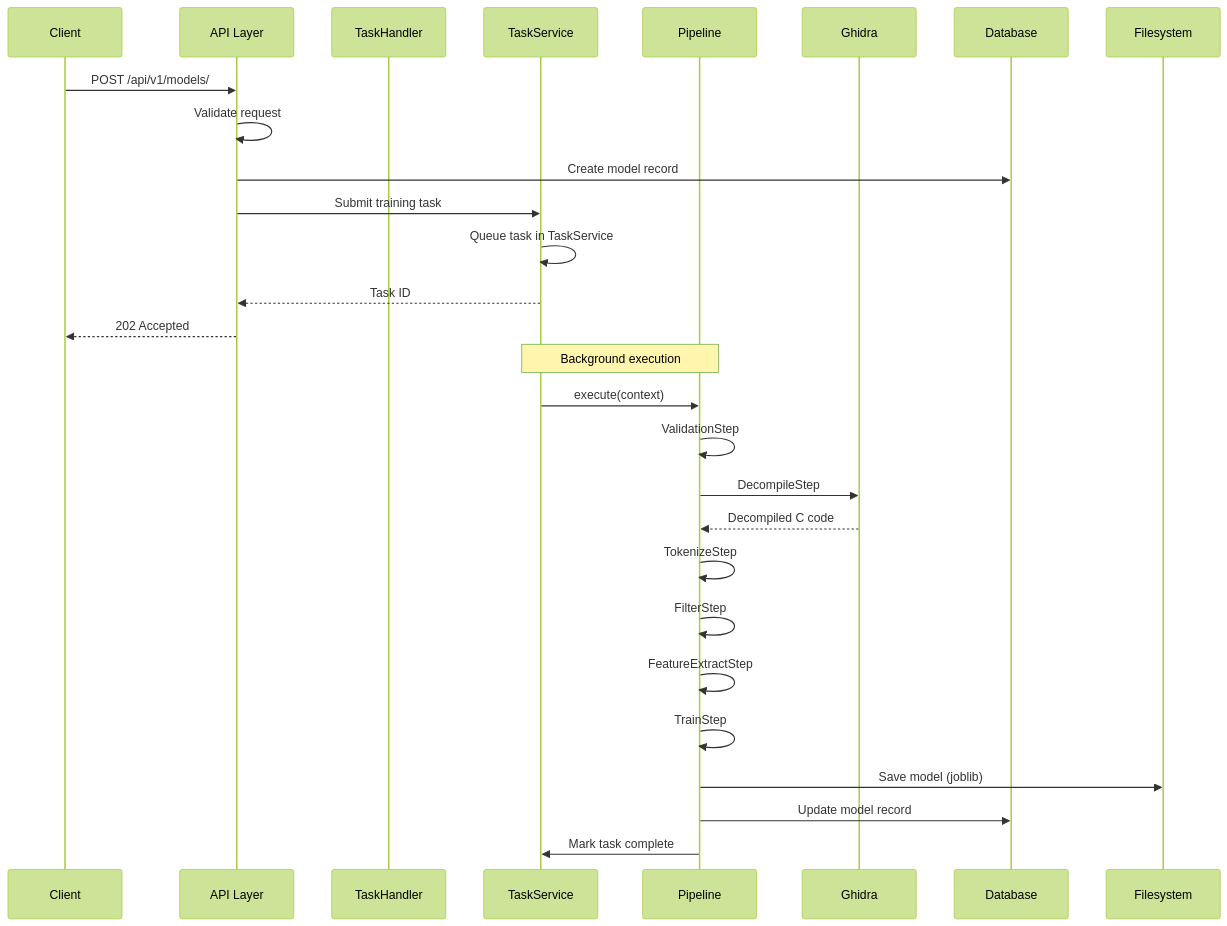
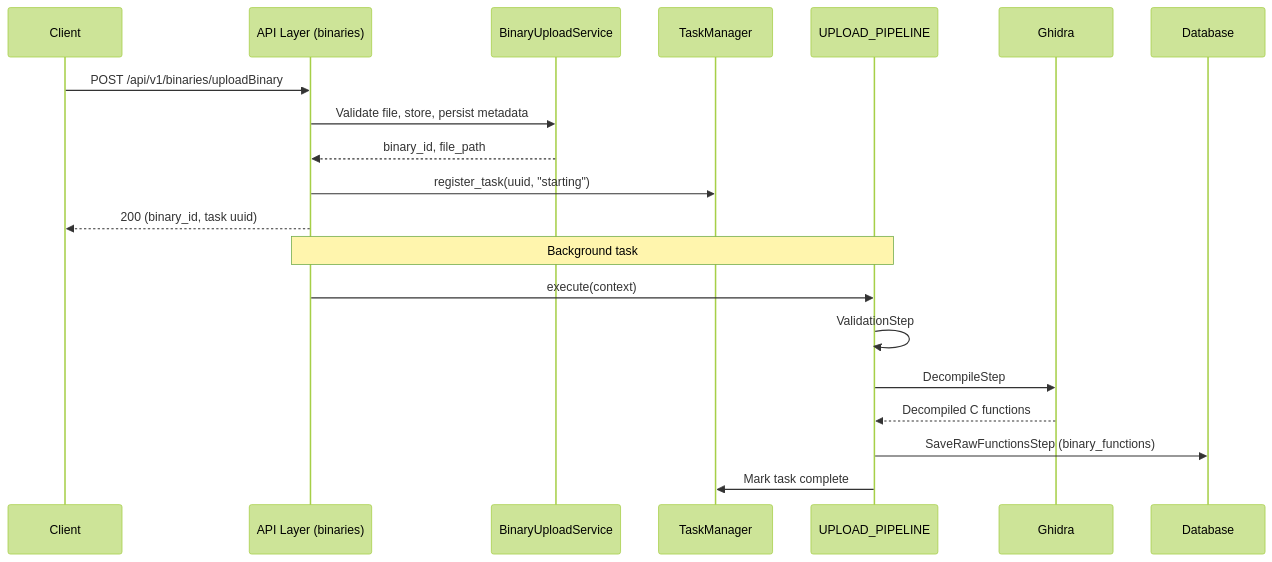
Before and after one commit to Xenios91/Glyph: the first of 3 diagrams in docs/ARCHITECTURE.md, drawn with Mermaid (forest theme). The commit also changed other lines of this file, not shown here.

````diff
--- a/docs/ARCHITECTURE.md
+++ b/docs/ARCHITECTURE.md
@@ -152,32 +180,24 @@
 ```mermaid
 sequenceDiagram
     participant Client
-    participant API as API Layer
-    participant TH as TaskHandler
-    participant TS as TaskService
-    participant Pipeline
+    participant API as API Layer (binaries)
+    participant BUCS as BinaryUploadService
+    participant TM as TaskManager
+    participant Pipeline as UPLOAD_PIPELINE
     participant Ghidra
     participant DB as Database
-    participant FS as Filesystem
 
-    Client->>API: POST /api/v1/models/
-    API->>API: Validate request
-    API->>DB: Create model record
-    API->>TS: Submit training task
-    TS->>TS: Queue task in TaskService
-    TS-->>API: Task ID
-    API-->>Client: 202 Accepted
+    Client->>API: POST /api/v1/binaries/uploadBinary
+    API->>BUCS: Validate file, store, persist metadata
+    BUCS-->>API: binary_id, file_path
+    API->>TM: register_task(uuid, "starting")
+    API-->>Client: 200 (binary_id, task uuid)
 
-    Note over TS,Pipeline: Background execution
-    TS->>Pipeline: execute(context)
+    Note over API,Pipeline: Background task
+    API->>Pipeline: execute(context)
     Pipeline->>Pipeline: ValidationStep
     Pipeline->>Ghidra: DecompileStep
-    Ghidra-->>Pipeline: Decompiled C code
-    Pipeline->>Pipeline: TokenizeStep
-    Pipeline->>Pipeline: FilterStep
-    Pipeline->>Pipeline: FeatureExtractStep
-    Pipeline->>Pipeline: TrainStep
-    Pipeline->>FS: Save model (joblib)
-    Pipeline->>DB: Update model record
-    Pipeline->>TS: Mark task complete
+    Ghidra-->>Pipeline: Decompiled C functions
+    Pipeline->>DB: SaveRawFunctionsStep (binary_functions)
+    Pipeline->>TM: Mark task complete
 ```
````
